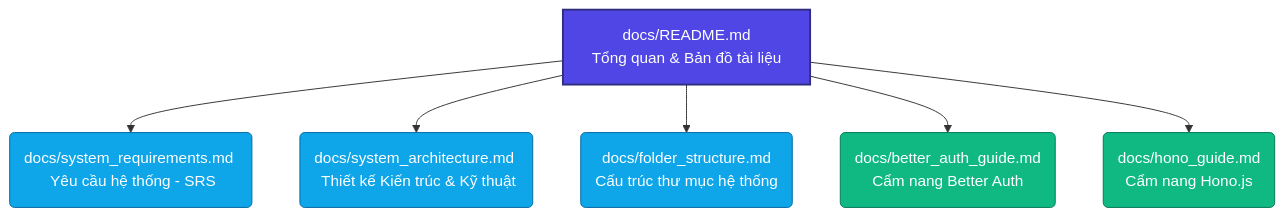
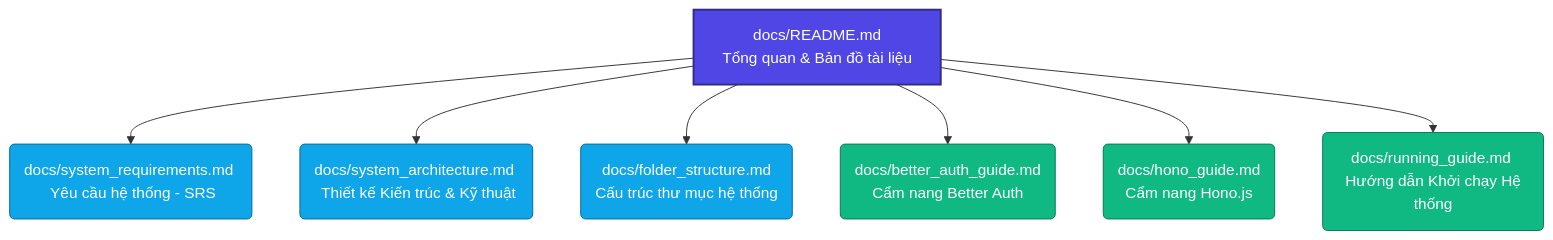
One commit to lgdlong/chatbot-rag-fptu changed the diagram in docs/README.md. Above: the diagram before and after it, drawn with Mermaid. The commit also changed other lines of this file and 3 other files, not shown here.

First line of the commit message:
docs: cập nhật tài liệu phát triển và hướng dẫn chạy ứng dụng

````diff
--- a/docs/README.md
+++ b/docs/README.md
@@ -22,15 +22,17 @@
 ```mermaid
 graph TD
     A[docs/README.md <br> Tổng quan & Bản đồ tài liệu] --> B(docs/system_requirements.md <br> Yêu cầu hệ thống - SRS)
     A --> C(docs/system_architecture.md <br> Thiết kế Kiến trúc & Kỹ thuật)
     A --> D(docs/folder_structure.md <br> Cấu trúc thư mục hệ thống)
     A --> E(docs/better_auth_guide.md <br> Cẩm nang Better Auth)
     A --> F(docs/hono_guide.md <br> Cẩm nang Hono.js)
+    A --> G(docs/running_guide.md <br> Hướng dẫn Khởi chạy Hệ thống)
     
     style A fill:#4F46E5,stroke:#312E81,stroke-width:2px,color:#fff
     style B fill:#0EA5E9,stroke:#0369A1,stroke-width:1px,color:#fff
     style C fill:#0EA5E9,stroke:#0369A1,stroke-width:1px,color:#fff
     style D fill:#0EA5E9,stroke:#0369A1,stroke-width:1px,color:#fff
     style E fill:#10B981,stroke:#047857,stroke-width:1px,color:#fff
     style F fill:#10B981,stroke:#047857,stroke-width:1px,color:#fff
+    style G fill:#10B981,stroke:#047857,stroke-width:1px,color:#fff
 ```
````
